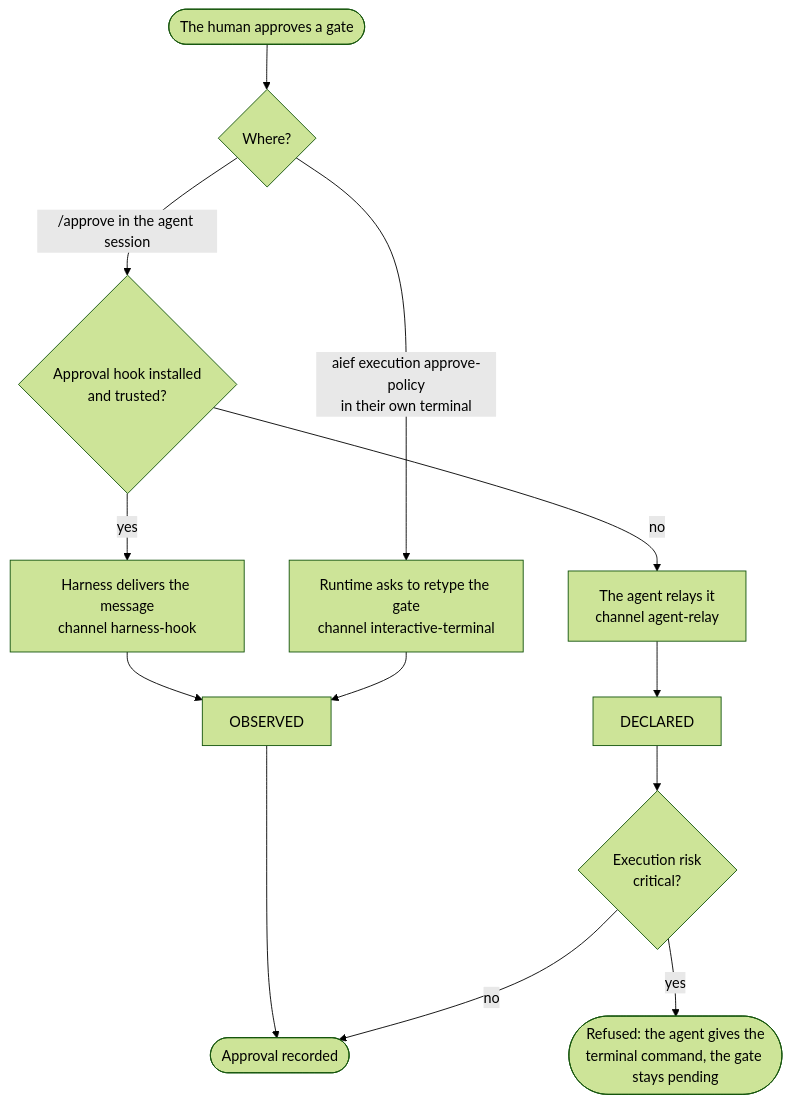
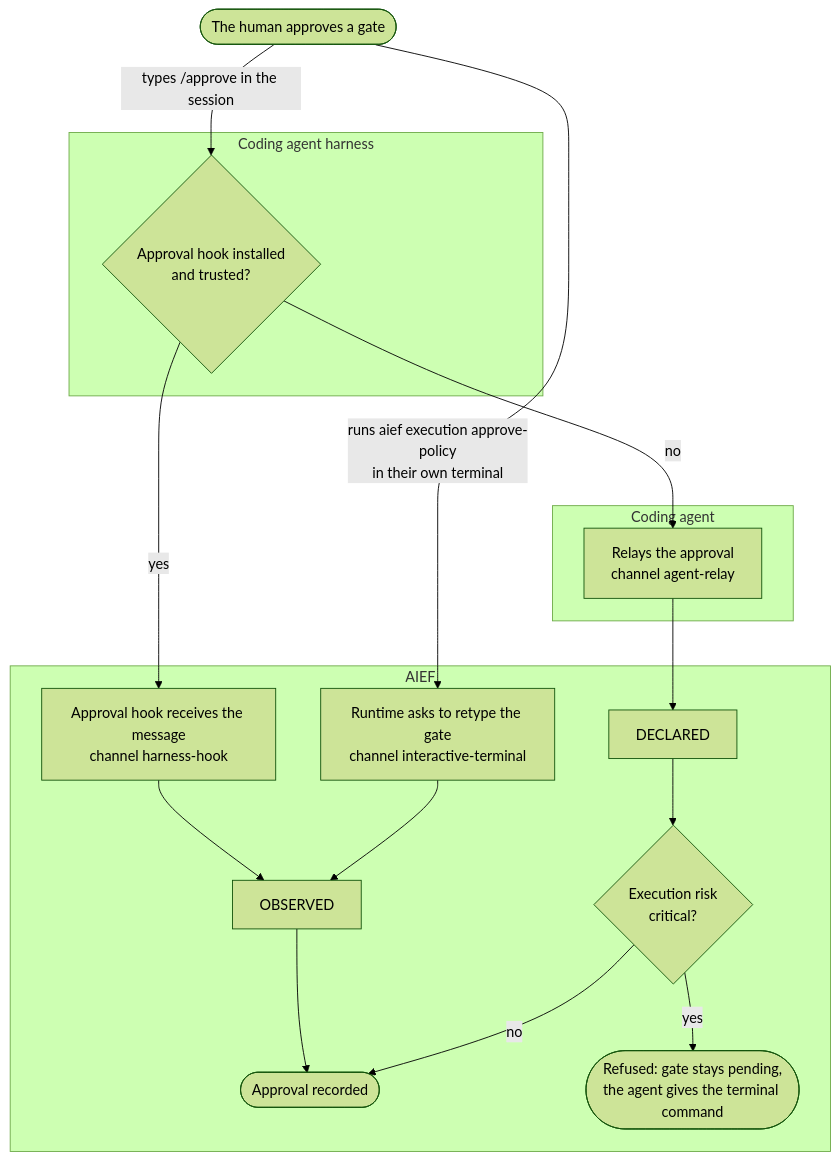
The second of 2 diagrams in docs/34-human-approval.md (ricken07/ai-engineering-factory), drawn with Mermaid (forest theme) before and after one commit. The commit also changed other lines of this file, not shown here.

Commit message:
docs: separate AIEF, the coding agent and its harness in the approval diagrams

````diff
--- a/docs/34-human-approval.md
+++ b/docs/34-human-approval.md
@@ -147,15 +154,32 @@
 ```mermaid
 flowchart TD
-    A([The human approves a gate]) --> B{Where?}
-    B -->|"/approve in the agent session"| C{Approval hook installed<br/>and trusted?}
-    B -->|"aief execution approve-policy<br/>in their own terminal"| T["Runtime asks to retype the gate<br/>channel interactive-terminal"]
-    C -->|yes| K["Harness delivers the message<br/>channel harness-hook"]
-    C -->|no| R["The agent relays it<br/>channel agent-relay"]
-    K --> O[OBSERVED]
+    A(["The human approves a gate"])
+    A -->|"types /approve in the session"| C
+    A -->|"runs aief execution approve-policy<br/>in their own terminal"| T
+
+    subgraph HARNESS["Coding agent harness"]
+        C{"Approval hook installed<br/>and trusted?"}
+    end
+    subgraph AGENT["Coding agent"]
+        R["Relays the approval<br/>channel agent-relay"]
+    end
+    subgraph AIEF["AIEF"]
+        K["Approval hook receives the message<br/>channel harness-hook"]
+        T["Runtime asks to retype the gate<br/>channel interactive-terminal"]
+        O["OBSERVED"]
+        D["DECLARED"]
+        P{"Execution risk<br/>critical?"}
+        OK(["Approval recorded"])
+        X(["Refused: gate stays pending,<br/>the agent gives the terminal command"])
+    end
+
+    C -->|yes| K
+    C -->|no| R
+    K --> O
     T --> O
-    R --> D[DECLARED]
-    O --> OK([Approval recorded])
-    D --> P{Execution risk<br/>critical?}
+    R --> D
+    O --> OK
+    D --> P
     P -->|no| OK
-    P -->|yes| X(["Refused: the agent gives the<br/>terminal command, the gate stays pending"])
+    P -->|yes| X
 ```
````
